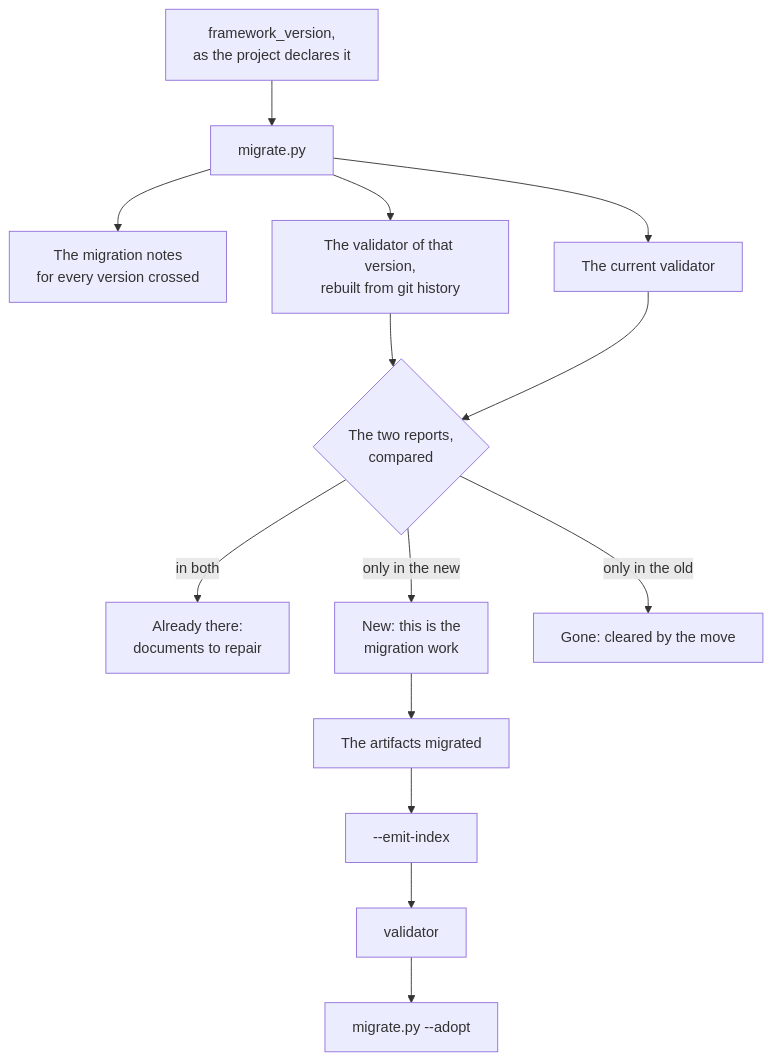
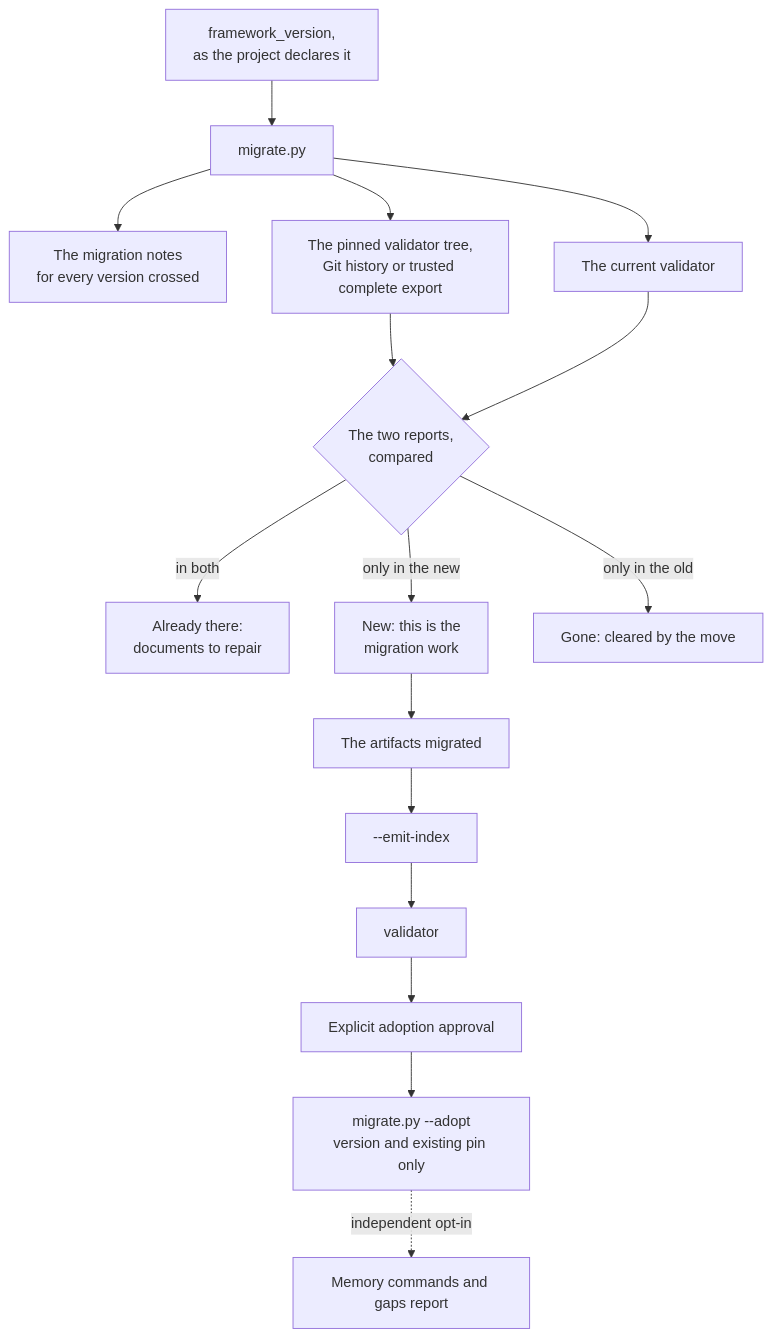
One commit to gqkd/framework-data-ai changed diagram 15 of 23 in PROCESSES.md. Above: the diagram before and after it, drawn with Mermaid. The commit also changed other lines of this file and 72 other files, not shown here.

````diff
--- a/PROCESSES.md
+++ b/PROCESSES.md
@@ -729,16 +748,18 @@
 ```mermaid
 flowchart TB
   dec["framework_version,<br/>as the project declares it"] --> mig["migrate.py"]
   mig --> notes["The migration notes<br/>for every version crossed"]
-  mig --> old["The validator of that version,<br/>rebuilt from git history"]
+  mig --> old["The pinned validator tree,<br/>Git history or trusted complete export"]
   mig --> new["The current validator"]
   old --> split{"The two reports,<br/>compared"}
   new --> split
   split -->|"in both"| pre["Already there:<br/>documents to repair"]
   split -->|"only in the new"| work["New: this is the<br/>migration work"]
   split -->|"only in the old"| gone["Gone: cleared by the move"]
   work --> art["The artifacts migrated"]
   art --> idx["--emit-index"]
   idx --> val["validator"]
-  val --> adopt["migrate.py --adopt"]
+  val --> approval["Explicit adoption approval"]
+  approval --> adopt["migrate.py --adopt<br/>version and existing pin only"]
+  adopt -. "independent opt-in" .-> memory["Memory commands and gaps report"]
 ```
````
